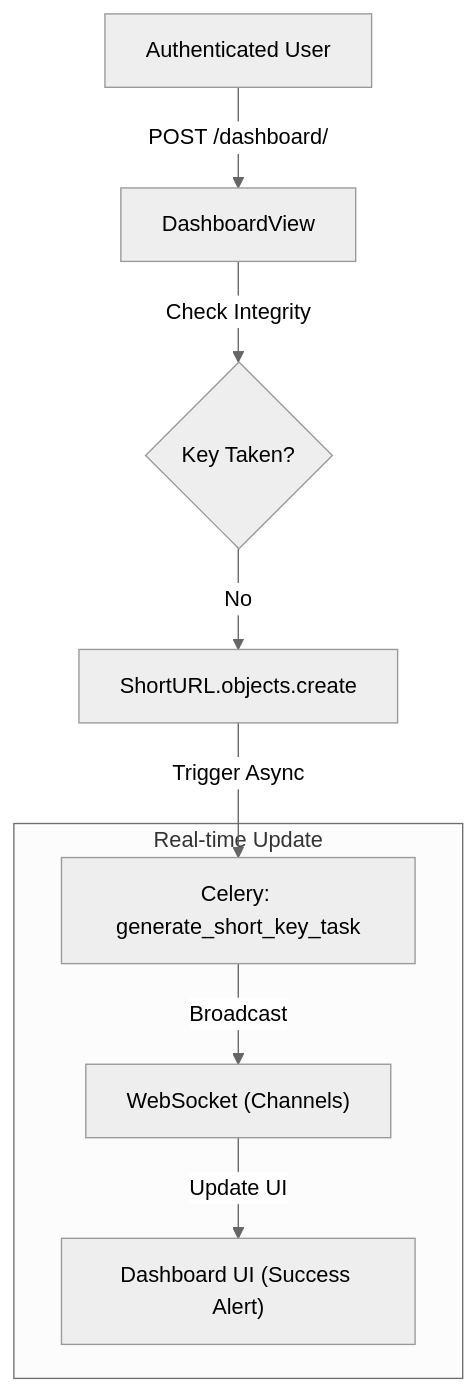
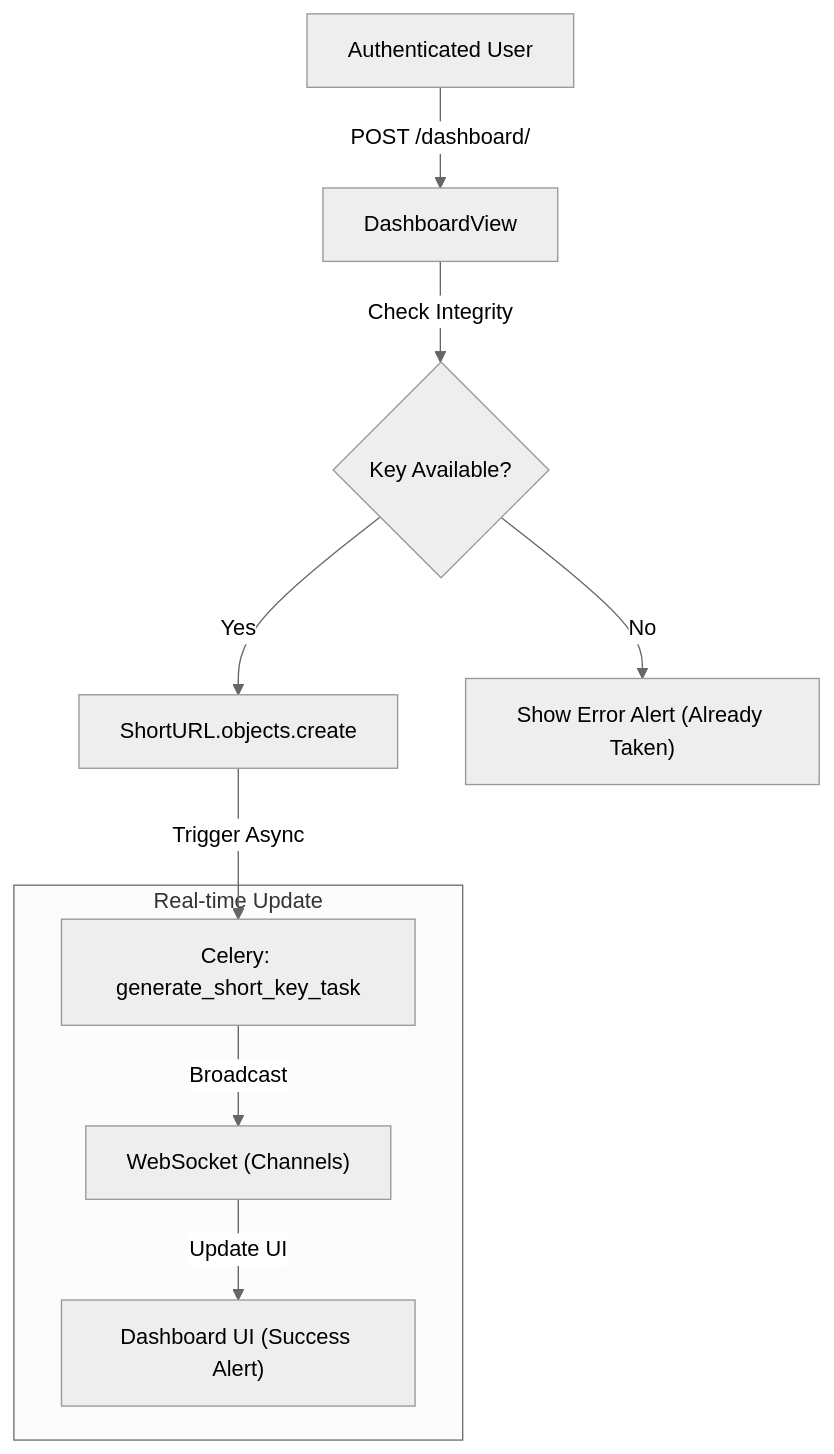
The first of 2 diagrams in README.md (prachanda980/django-url-shortener), drawn with Mermaid (neutral theme) before and after one commit.

Commit message:
docs: fix logic mismatch in URL creation workflow diagram

````diff
--- a/README.md
+++ b/README.md
@@ -51,12 +51,13 @@
 ```mermaid
 graph TD
     AuthUser["Authenticated User"] -->|POST /dashboard/| DashboardView
-    DashboardView -->|Check Integrity| KeyCheck{"Key Taken?"}
-    KeyCheck -- No --> CreateModel["ShortURL.objects.create"]
+    DashboardView -->|Check Integrity| KeyCheck{"Key Available?"}
+    KeyCheck -- Yes --> CreateModel["ShortURL.objects.create"]
+    KeyCheck -- No --> MessageError["Show Error Alert (Already Taken)"]
     CreateModel -->|Trigger Async| CeleryTask["Celery: generate_short_key_task"]
     
     subgraph Real-time Update
         CeleryTask -->|Broadcast| WS["WebSocket (Channels)"]
         WS -->|Update UI| Dashboard["Dashboard UI (Success Alert)"]
     end
 ```
````
